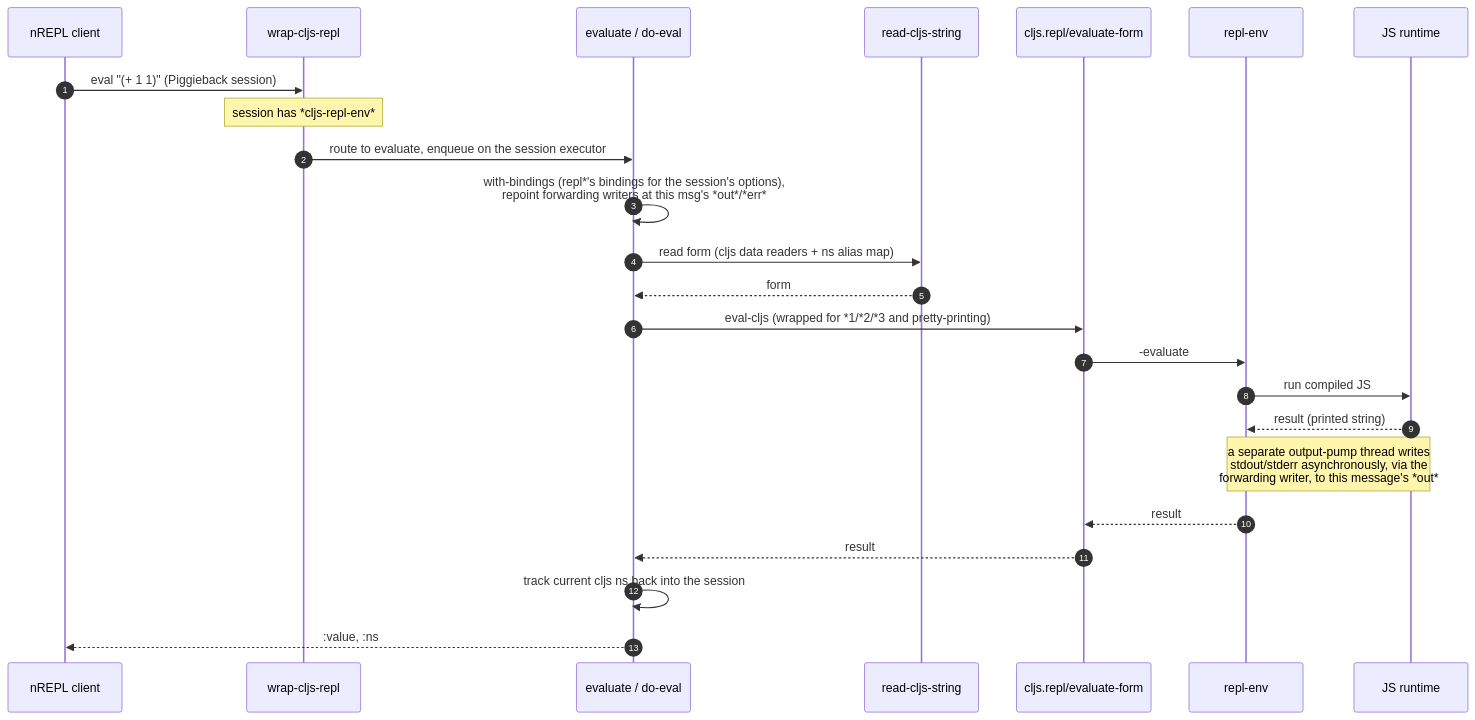
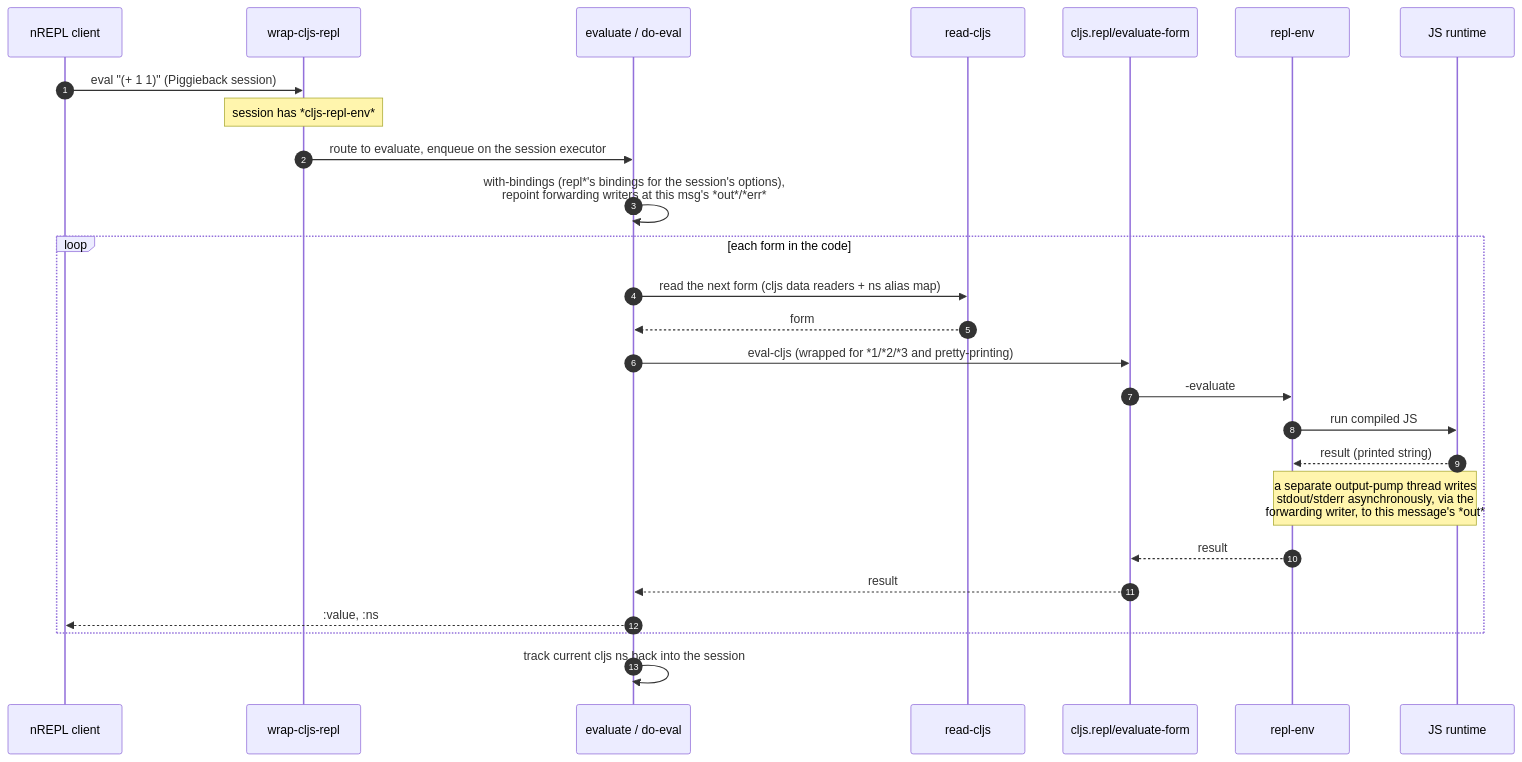
Before and after one commit to nrepl/piggieback: the third of 4 diagrams in docs/architecture.md, drawn with Mermaid. The commit also changed other lines of this file and 4 other files, not shown here.

First line of the commit message:
Evaluate every form of an eval message

````diff
--- a/docs/architecture.md
+++ b/docs/architecture.md
@@ -182,27 +182,29 @@
 ```mermaid
 sequenceDiagram
     autonumber
     participant C as nREPL client
     participant W as wrap-cljs-repl
     participant EV as evaluate / do-eval
-    participant RD as read-cljs-string
+    participant RD as read-cljs
     participant EF as cljs.repl/evaluate-form
     participant E as repl-env
     participant JS as JS runtime
 
     C->>W: eval "(+ 1 1)" (Piggieback session)
     Note over W: session has *cljs-repl-env*
     W->>EV: route to evaluate, enqueue on the session executor
     EV->>EV: with-bindings (repl*'s bindings for the session's options),<br/>repoint forwarding writers at this msg's *out*/*err*
-    EV->>RD: read form (cljs data readers + ns alias map)
-    RD-->>EV: form
-    EV->>EF: eval-cljs (wrapped for *1/*2/*3 and pretty-printing)
-    EF->>E: -evaluate
-    E->>JS: run compiled JS
-    JS-->>E: result (printed string)
-    Note over E,JS: a separate output-pump thread writes<br/>stdout/stderr asynchronously, via the<br/>forwarding writer, to this message's *out*
-    E-->>EF: result
-    EF-->>EV: result
+    loop each form in the code
+        EV->>RD: read the next form (cljs data readers + ns alias map)
+        RD-->>EV: form
+        EV->>EF: eval-cljs (wrapped for *1/*2/*3 and pretty-printing)
+        EF->>E: -evaluate
+        E->>JS: run compiled JS
+        JS-->>E: result (printed string)
+        Note over E,JS: a separate output-pump thread writes<br/>stdout/stderr asynchronously, via the<br/>forwarding writer, to this message's *out*
+        E-->>EF: result
+        EF-->>EV: result
+        EV-->>C: :value, :ns
+    end
     EV->>EV: track current cljs ns back into the session
-    EV-->>C: :value, :ns
 ```
````
